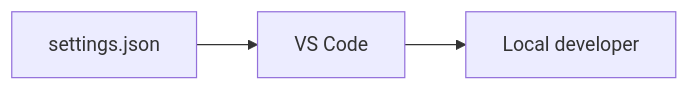
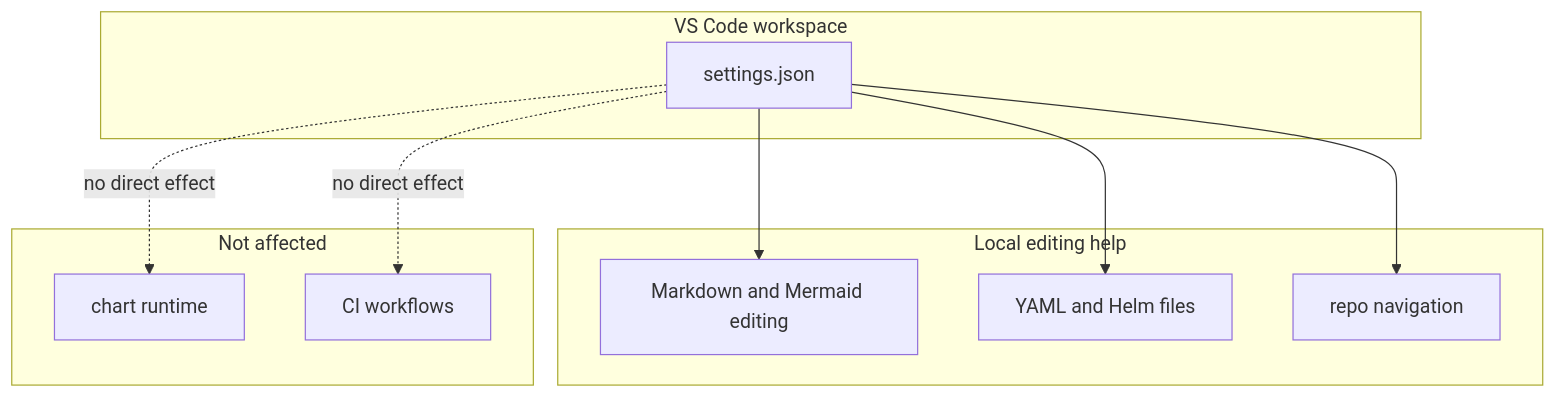
The diagram in .vscode/README.md (sanger-pathogens/dlh-in-a-box-umbrella-helm-chart), drawn with Mermaid before and after one commit. The commit also changed other lines of this file and 34 other files, not shown here.

Commit message:
docs: expand repo guides and add umbrella chart manual

````diff
--- a/.vscode/README.md
+++ b/.vscode/README.md
@@ -5,5 +8,23 @@
 ```mermaid
-flowchart LR
-  Settings[settings.json] --> Editor[VS Code]
-  Editor --> Human[Local developer]
+flowchart TD
+  subgraph Workspace["VS Code workspace"]
+    Settings[settings.json]
+  end
+
+  subgraph Editing["Local editing help"]
+    Markdown[Markdown and Mermaid editing]
+    HelmFiles[YAML and Helm files]
+    Navigation[repo navigation]
+  end
+
+  subgraph Boundary["Not affected"]
+    Runtime[chart runtime]
+    CI[CI workflows]
+  end
+
+  Settings --> Markdown
+  Settings --> HelmFiles
+  Settings --> Navigation
+  Settings -. no direct effect .-> Runtime
+  Settings -. no direct effect .-> CI
 ```
````
